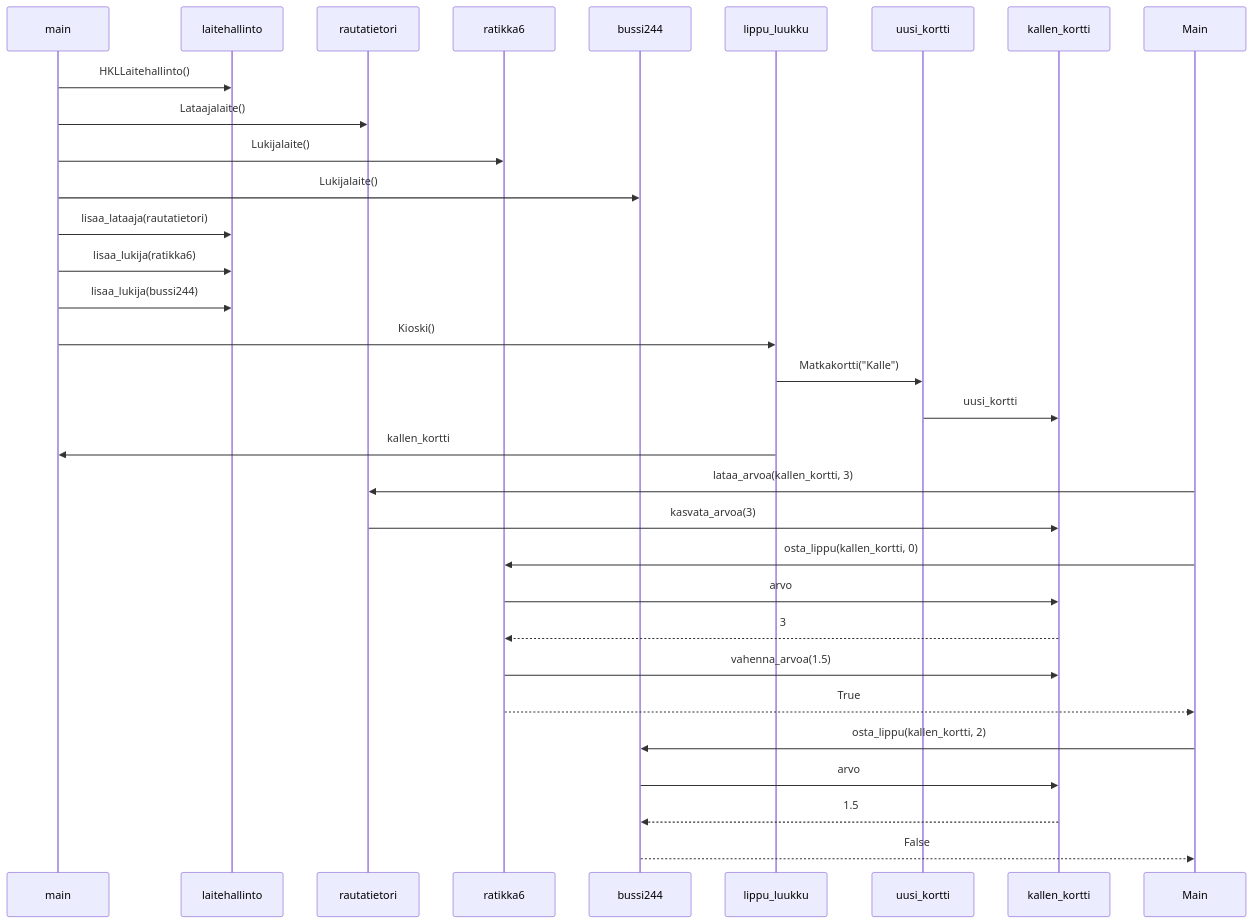
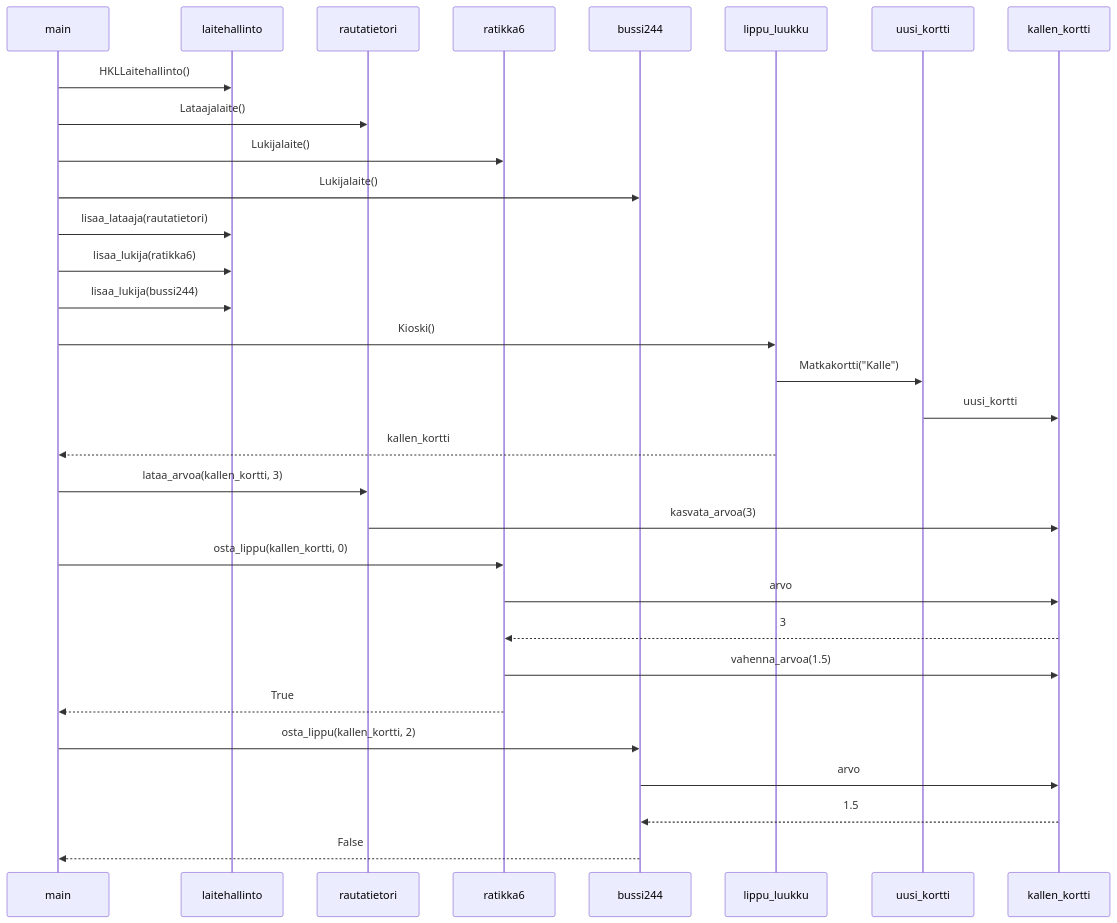
Before and after one commit to JesseHantula/JokerPoker: the diagram in laskarit/viikko3/advancedsequencediagram.md, drawn with Mermaid.

````diff
--- a/laskarit/viikko3/advancedsequencediagram.md
+++ b/laskarit/viikko3/advancedsequencediagram.md
@@ -1,26 +1,26 @@
 ```mermaid
     sequenceDiagram
         main->>laitehallinto: HKLLaitehallinto()
         main->>rautatietori: Lataajalaite()
         main->>ratikka6: Lukijalaite()
         main->>bussi244: Lukijalaite()
         main->>laitehallinto: lisaa_lataaja(rautatietori)
         main->>laitehallinto: lisaa_lukija(ratikka6)
         main->>laitehallinto: lisaa_lukija(bussi244)
         main->>lippu_luukku: Kioski()
         lippu_luukku->>uusi_kortti: Matkakortti("Kalle")
         uusi_kortti->>kallen_kortti: uusi_kortti
-        lippu_luukku->>main: kallen_kortti
-        Main->>rautatietori: lataa_arvoa(kallen_kortti, 3)
+        lippu_luukku-->>main: kallen_kortti
+        main->>rautatietori: lataa_arvoa(kallen_kortti, 3)
         rautatietori->>kallen_kortti: kasvata_arvoa(3)
-        Main->>ratikka6: osta_lippu(kallen_kortti, 0)
+        main->>ratikka6: osta_lippu(kallen_kortti, 0)
         ratikka6->>kallen_kortti: arvo
         kallen_kortti-->>ratikka6: 3
         ratikka6->>kallen_kortti: vahenna_arvoa(1.5)
-        ratikka6-->>Main: True
-        Main->>bussi244: osta_lippu(kallen_kortti, 2)
+        ratikka6-->>main: True
+        main->>bussi244: osta_lippu(kallen_kortti, 2)
         bussi244->>kallen_kortti: arvo
         kallen_kortti-->>bussi244: 1.5
-        bussi244-->>Main: False
+        bussi244-->>main: False
         
 ```
````
